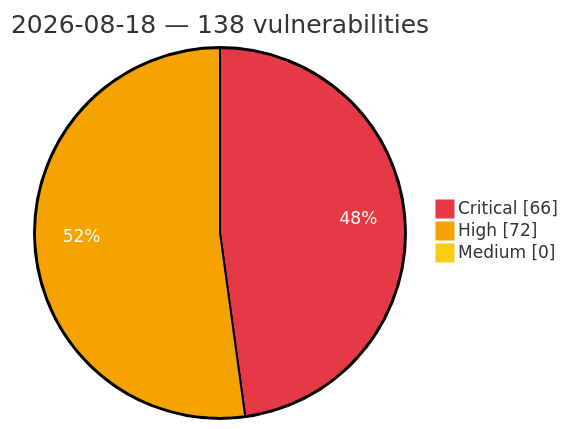
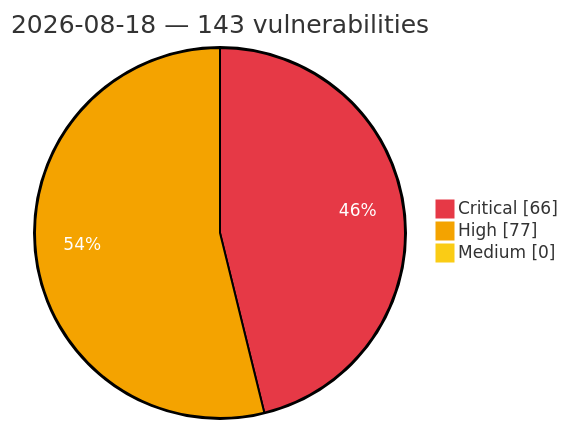
Before and after one commit to GhostX0X/vuln-tracker: the diagram in vulnerabilities/2026/August/2026-08-18.md, drawn with Mermaid. The commit also changed other lines of this file and 7 other files, not shown here.

````diff
--- a/vulnerabilities/2026/August/2026-08-18.md
+++ b/vulnerabilities/2026/August/2026-08-18.md
@@ -3,8 +3,8 @@
 ```mermaid
 %%{init: {'theme':'base', 'themeVariables': {'pie1':'#e63946', 'pie2':'#f4a300', 'pie3':'#facc15', 'pieOpacity':'1', 'pieOuterStrokeWidth':'2px', 'pieSectionTextColor':'#ffffff'}}}%%
 pie showData
-    title 2026-08-18 — 138 vulnerabilities
+    title 2026-08-18 — 143 vulnerabilities
     "Critical" : 66
-    "High" : 72
+    "High" : 77
     "Medium" : 0
 ```
````
